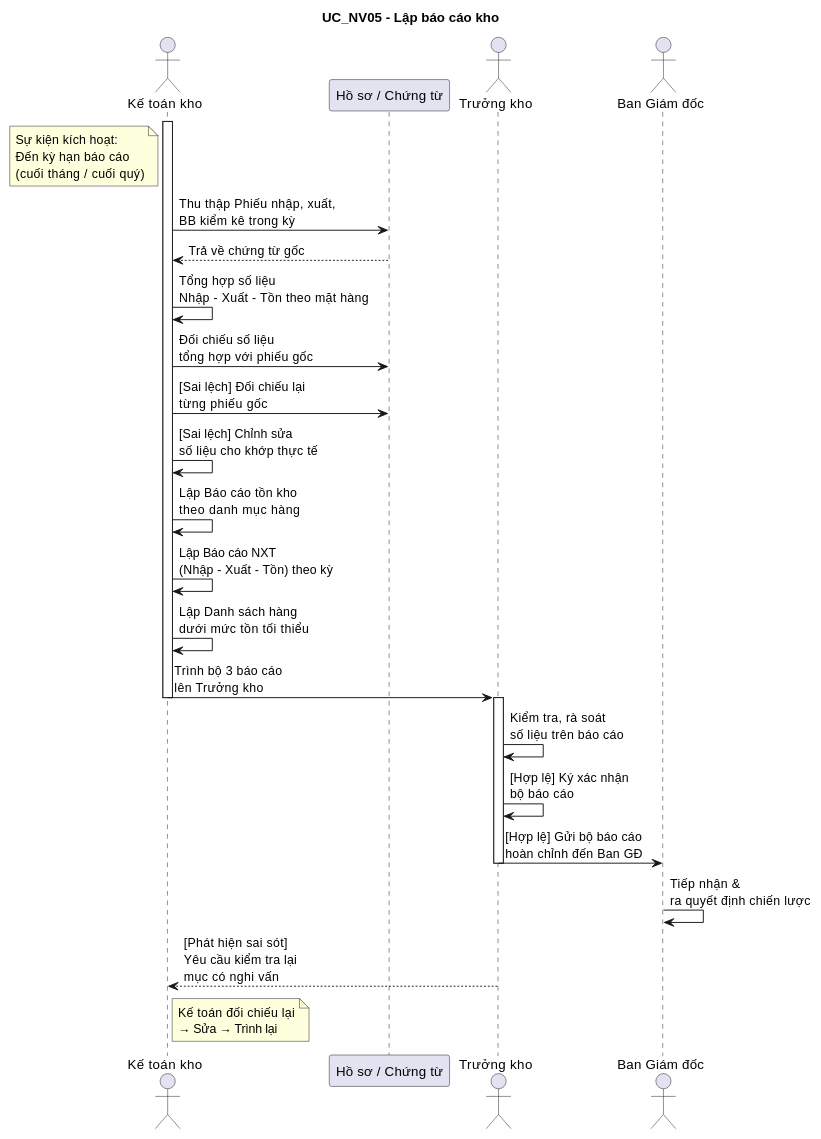
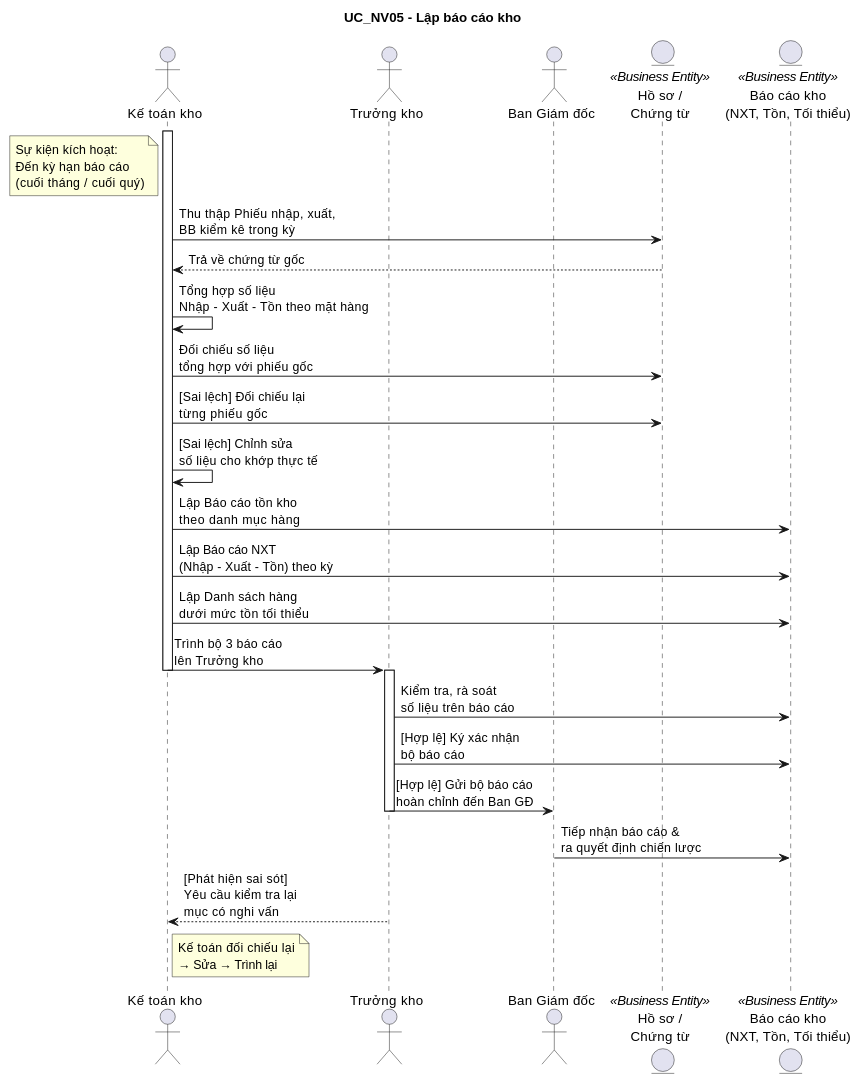
One commit to OXplakhoa/StorageManager changed the diagram in diagrams/sequence_nv/seq_uc_nv05_bao_cao.md. Above: the diagram before and after it, drawn with PlantUML. The commit also changed 9 other files, not shown here.

Commit message:
feat: add more skills base on syllabus and fix sequence diagram

````diff
--- a/diagrams/sequence_nv/seq_uc_nv05_bao_cao.md
+++ b/diagrams/sequence_nv/seq_uc_nv05_bao_cao.md
@@ -3,42 +3,43 @@
 ```plantuml
 @startuml
 title UC_NV05 – Lập báo cáo kho
 
 actor "Kế toán kho" as KTK
-participant "Hồ sơ / Chứng từ" as HS
 actor "Trưởng kho" as TrK
 actor "Ban Giám đốc" as BGD
+entity "Hồ sơ /\nChứng từ" as HS <<Business Entity>>
+entity "Báo cáo kho\n(NXT, Tồn, Tối thiểu)" as BC <<Business Entity>>
 
 note left of KTK : Sự kiện kích hoạt:\nĐến kỳ hạn báo cáo\n(cuối tháng / cuối quý)
 
 activate KTK
 KTK -> HS : Thu thập Phiếu nhập, xuất,\nBB kiểm kê trong kỳ
 HS --> KTK : Trả về chứng từ gốc
 
 KTK -> KTK : Tổng hợp số liệu\nNhập – Xuất – Tồn theo mặt hàng
 KTK -> HS : Đối chiếu số liệu\ntổng hợp với phiếu gốc
 
 KTK -> HS : [Sai lệch] Đối chiếu lại\ntừng phiếu gốc
 KTK -> KTK : [Sai lệch] Chỉnh sửa\nsố liệu cho khớp thực tế
 
-KTK -> KTK : Lập Báo cáo tồn kho\ntheo danh mục hàng
-KTK -> KTK : Lập Báo cáo NXT\n(Nhập – Xuất – Tồn) theo kỳ
-KTK -> KTK : Lập Danh sách hàng\ndưới mức tồn tối thiểu
+KTK -> BC : Lập Báo cáo tồn kho\ntheo danh mục hàng
+KTK -> BC : Lập Báo cáo NXT\n(Nhập – Xuất – Tồn) theo kỳ
+KTK -> BC : Lập Danh sách hàng\ndưới mức tồn tối thiểu
 
 KTK -> TrK : Trình bộ 3 báo cáo\nlên Trưởng kho
 deactivate KTK
 
 activate TrK
-TrK -> TrK : Kiểm tra, rà soát\nsố liệu trên báo cáo
+TrK -> BC : Kiểm tra, rà soát\nsố liệu trên báo cáo
 
-TrK -> TrK : [Hợp lệ] Ký xác nhận\nbộ báo cáo
+TrK -> BC : [Hợp lệ] Ký xác nhận\nbộ báo cáo
 TrK -> BGD : [Hợp lệ] Gửi bộ báo cáo\nhoàn chỉnh đến Ban GĐ
 deactivate TrK
 
-BGD -> BGD : Tiếp nhận &\nra quyết định chiến lược
+BGD -> BC : Tiếp nhận báo cáo &\nra quyết định chiến lược
 
 TrK --> KTK : [Phát hiện sai sót]\nYêu cầu kiểm tra lại\nmục có nghi vấn
 note right of KTK : Kế toán đối chiếu lại\n→ Sửa → Trình lại
 
 @enduml
 ```
````
